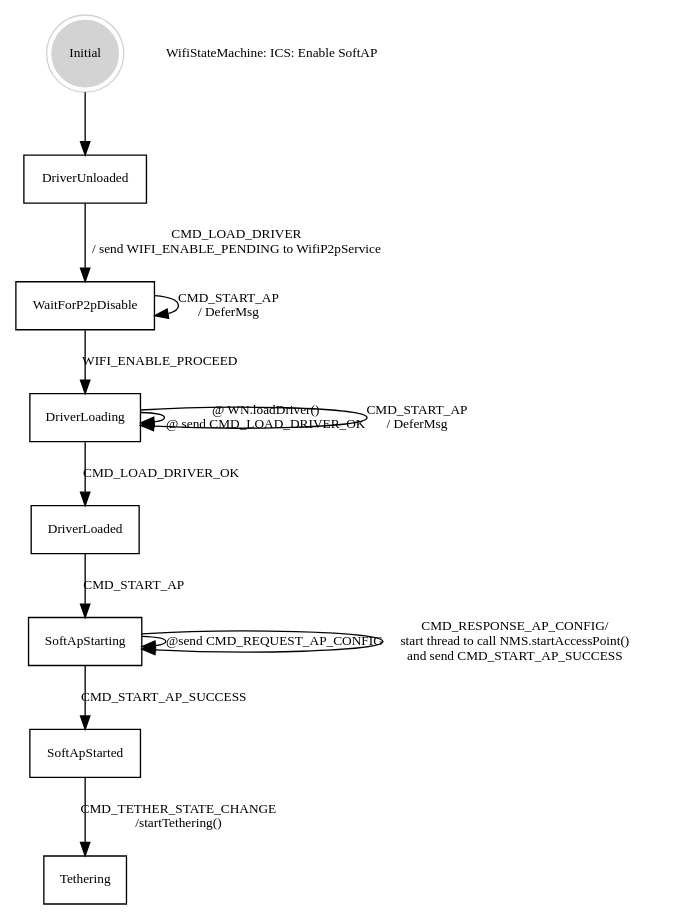
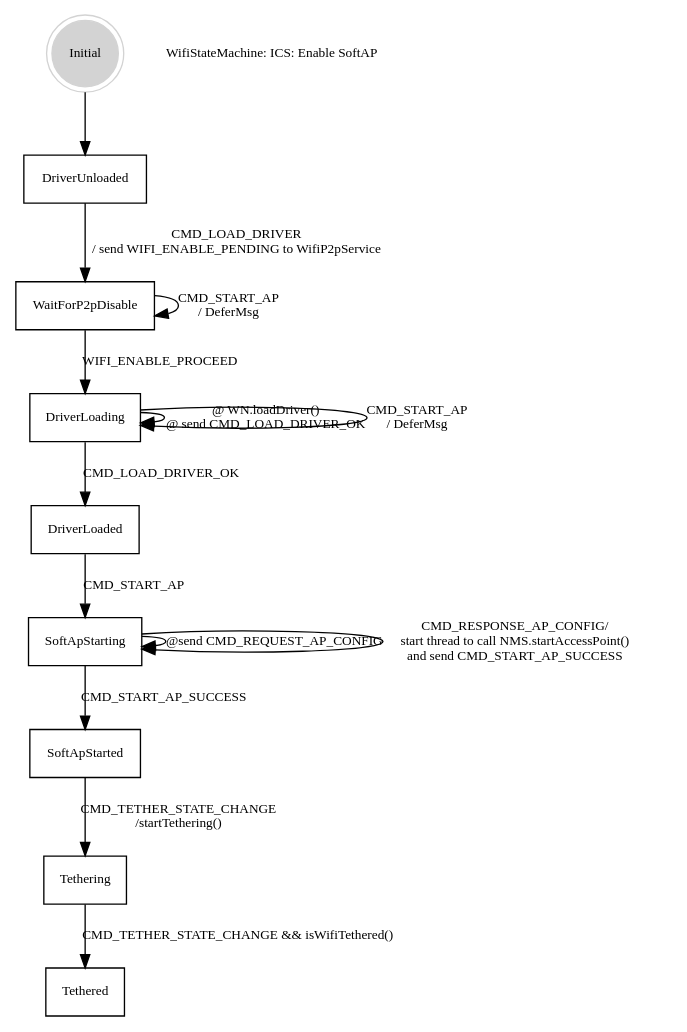
Before and after one commit to greatgauss/graphviz_script: the diagram in ICS_EnableAP.dot, drawn with Graphviz. The commit also changed 2 other files, not shown here.

Commit message:
Change Tether SM

```diff
--- a/ICS_EnableAP.dot
+++ b/ICS_EnableAP.dot
@@ -1,22 +1,23 @@
 
 digraph automata_0 {
 	size = "8.5, 11";
 	fontname = "Microsoft YaHei";
 	fontsize = 15;
 	node [shape = record, fontname = "Microsoft YaHei", fontsize = 10];
 	edge [fontname = "Microsoft YaHei", fontsize = 10];
 	Initial [ style = filled, shape = doublecircle, color=lightgrey ];
 	Initial-> DriverUnloaded  [ label = " " ];
 	DriverUnloaded   -> WaitForP2pDisable [ label = "CMD_LOAD_DRIVER\n/ send WIFI_ENABLE_PENDING to WifiP2pService" ];
 	WaitForP2pDisable -> WaitForP2pDisable [ label = "CMD_START_AP \n/ DeferMsg" ];
 	WaitForP2pDisable -> DriverLoading [ label = "WIFI_ENABLE_PROCEED" ];
 	DriverLoading -> DriverLoading [ label = "@ WN.loadDriver() \n @ send CMD_LOAD_DRIVER_OK " ];
 	DriverLoading -> DriverLoading [ label = "CMD_START_AP \n/ DeferMsg " ];
 	DriverLoading  -> DriverLoaded [ label = "CMD_LOAD_DRIVER_OK " ];
 	DriverLoaded  -> SoftApStarting [ label = "CMD_START_AP" ];
 	SoftApStarting  -> SoftApStarting [ label = "@send CMD_REQUEST_AP_CONFIG" ];
 	SoftApStarting  -> SoftApStarting [ label = "CMD_RESPONSE_AP_CONFIG/\n start thread to call NMS.startAccessPoint() \n and send CMD_START_AP_SUCCESS" ];
 	SoftApStarting  -> SoftApStarted [ label = "CMD_START_AP_SUCCESS" ];
 	SoftApStarted  -> Tethering [ label = "CMD_TETHER_STATE_CHANGE \n /startTethering()" ];
+	Tethering -> Tethered [ label = "CMD_TETHER_STATE_CHANGE && isWifiTethered()\n" ];
 	"WifiStateMachine: ICS: Enable SoftAP" [ shape = plaintext ];
 }
```
